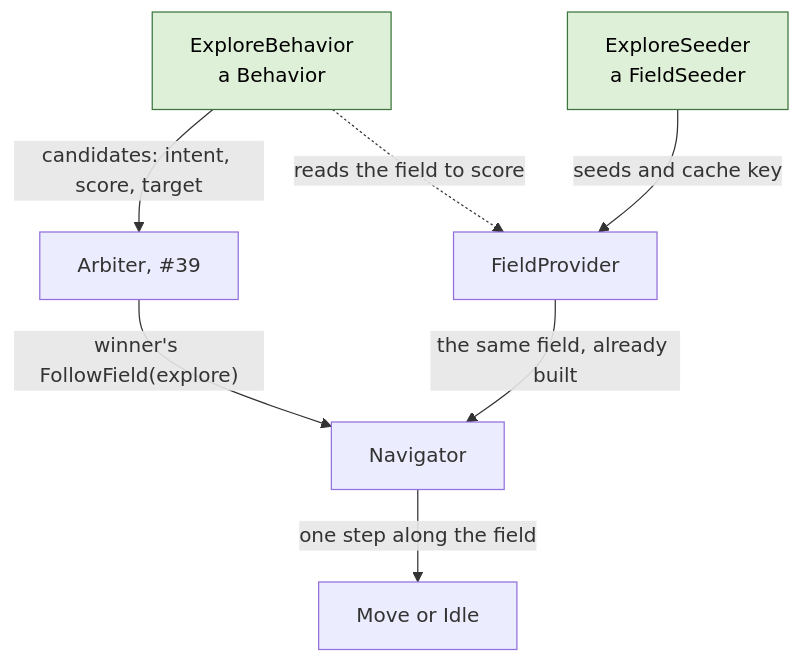
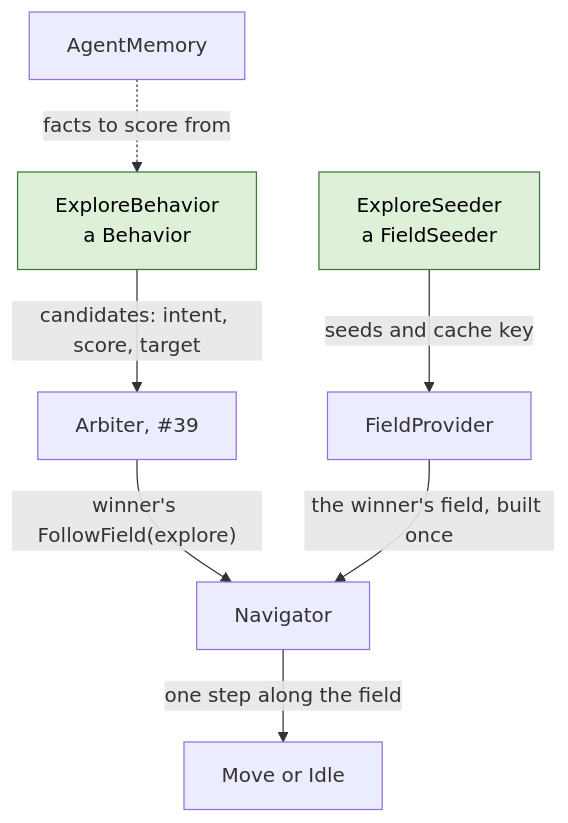
Before and after one commit to TychoGrapendaal/JIP_Swarm_Field: the second of 2 diagrams in docs/robot-memory-and-navigation.md, drawn with Mermaid. The commit also changed other lines of this file and 8 other files, not shown here.

First line of the commit message:
Behaviours score from state and memory, never from a field

````diff
--- a/docs/robot-memory-and-navigation.md
+++ b/docs/robot-memory-and-navigation.md
@@ -102,19 +102,19 @@
 ```mermaid
 flowchart TB
     BEH["ExploreBehavior<br/>a Behavior"]
     SEED["ExploreSeeder<br/>a FieldSeeder"]
     ARB["Arbiter, #39"]
     FP["FieldProvider"]
     NAV["Navigator"]
     STEP["Move or Idle"]
 
     BEH -- "candidates: intent, score, target" --> ARB
-    BEH -. "reads the field to score" .-> FP
+    MEM["AgentMemory"] -. "facts to score from" .-> BEH
     SEED -- "seeds and cache key" --> FP
     ARB -- "winner's FollowField(explore)" --> NAV
-    FP -- "the same field, already built" --> NAV
+    FP -- "the winner's field, built once" --> NAV
     NAV -- "one step along the field" --> STEP
 
     classDef perBehaviour fill:#dff0d8,stroke:#3c763d,color:#000
     class BEH,SEED perBehaviour
 ```
````
